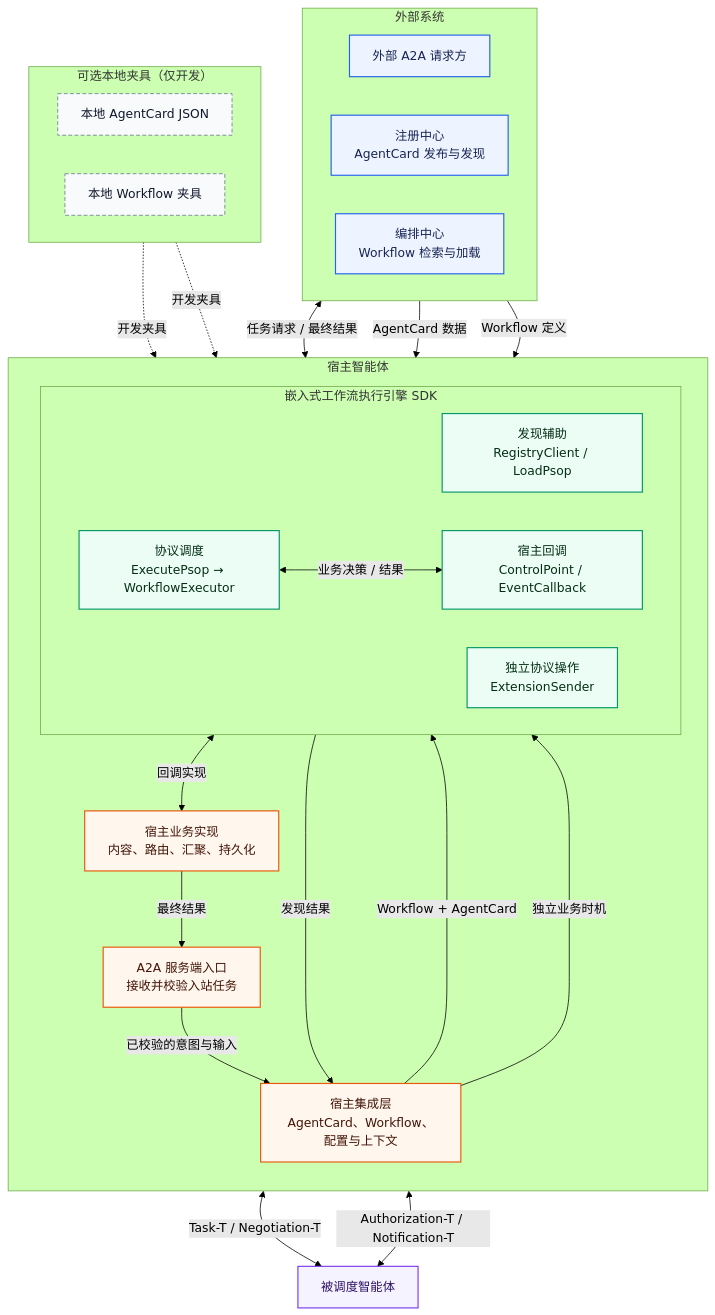
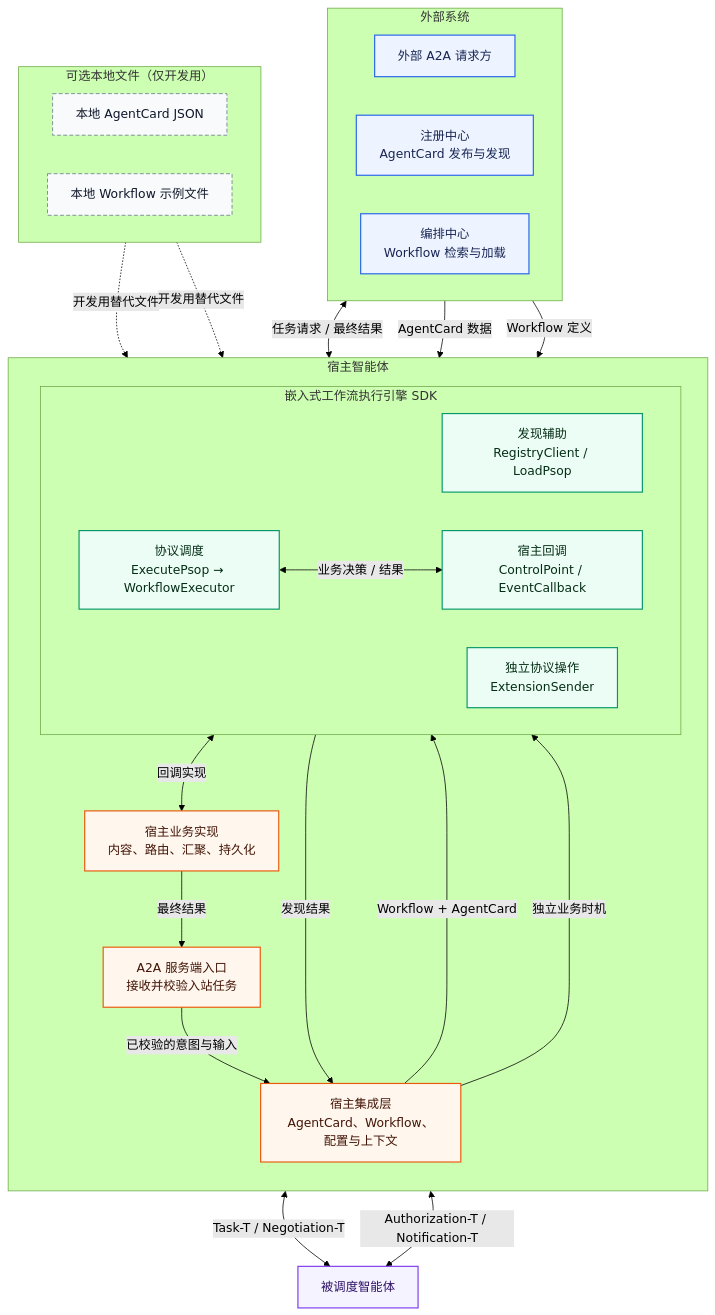
Before and after one commit to Zhoujie628/workflow-engine-sdk-java: the first of 4 diagrams in docs/zh/DESIGN.md, drawn with Mermaid (forest theme).

Commit message:
docs: replace the literal fixture translation with plain wording
Same wording fix as the main baseline: 本地文件/本地示例文件 instead of
the mechanical term 夹具.

````diff
--- a/docs/zh/DESIGN.md
+++ b/docs/zh/DESIGN.md
@@ -23,54 +23,54 @@
 ```mermaid
 flowchart TB
     classDef external fill: #EEF4FF, stroke: #2563EB, color: #172554, stroke-width: 1.5px
     classDef host fill: #FFF7ED, stroke: #EA580C, color: #431407, stroke-width: 1.5px
     classDef sdk fill: #ECFDF5, stroke: #059669, color: #052E16, stroke-width: 1.5px
     classDef local fill: #F8FAFC, stroke: #64748B, color: #0F172A, stroke-dasharray: 5 3
     classDef agent fill: #F5F3FF, stroke: #7C3AED, color: #2E1065, stroke-width: 1.5px
 
     subgraph CONTROL["外部系统"]
         direction LR
         CALLER["外部 A2A 请求方"]:::external
         REG["注册中心<br/>AgentCard 发布与发现"]:::external
         ORCH["编排中心<br/>Workflow 检索与加载"]:::external
     end
 
     subgraph HOST["宿主智能体"]
         direction TB
         ENTRY["A2A 服务端入口<br/>接收并校验入站任务"]:::host
         ADAPTER["宿主集成层<br/>AgentCard、Workflow、配置与上下文"]:::host
 
         subgraph ENGINE["嵌入式工作流执行引擎 SDK"]
             direction LR
             LOAD["发现辅助<br/>RegistryClient / LoadPsop"]:::sdk
             RUN["协议调度<br/>ExecutePsop → WorkflowExecutor"]:::sdk
             CALLBACK["宿主回调<br/>ControlPoint / EventCallback"]:::sdk
             EXT["独立协议操作<br/>ExtensionSender"]:::sdk
         end
 
         BIZ["宿主业务实现<br/>内容、路由、汇聚、持久化"]:::host
     end
 
-    subgraph SAMPLE["可选本地夹具（仅开发）"]
+    subgraph SAMPLE["可选本地文件（仅开发用）"]
         direction LR
         LOCALCARD["本地 AgentCard JSON"]:::local
-        LOCALPSOP["本地 Workflow 夹具"]:::local
+        LOCALPSOP["本地 Workflow 示例文件"]:::local
     end
 
     AGENTS["被调度智能体"]:::agent
 
     CALLER <-->|"任务请求 / 最终结果"| ENTRY
     ENTRY -->|"已校验的意图与输入"| ADAPTER
     REG -->|"AgentCard 数据"| LOAD
     ORCH -->|"Workflow 定义"| LOAD
-    LOCALCARD -.->|"开发夹具"| ADAPTER
-    LOCALPSOP -.->|"开发夹具"| ADAPTER
+    LOCALCARD -.->|"开发用替代文件"| ADAPTER
+    LOCALPSOP -.->|"开发用替代文件"| ADAPTER
     LOAD -->|"发现结果"| ADAPTER
     ADAPTER -->|"Workflow + AgentCard"| RUN
     RUN <-->|"业务决策 / 结果"| CALLBACK
     CALLBACK <-->|"回调实现"| BIZ
     ADAPTER -->|"独立业务时机"| EXT
     RUN <-->|"Task-T / Negotiation-T"| AGENTS
     EXT <-->|"Authorization-T / Notification-T"| AGENTS
     BIZ -->|"最终结果"| ENTRY
 ```
````
